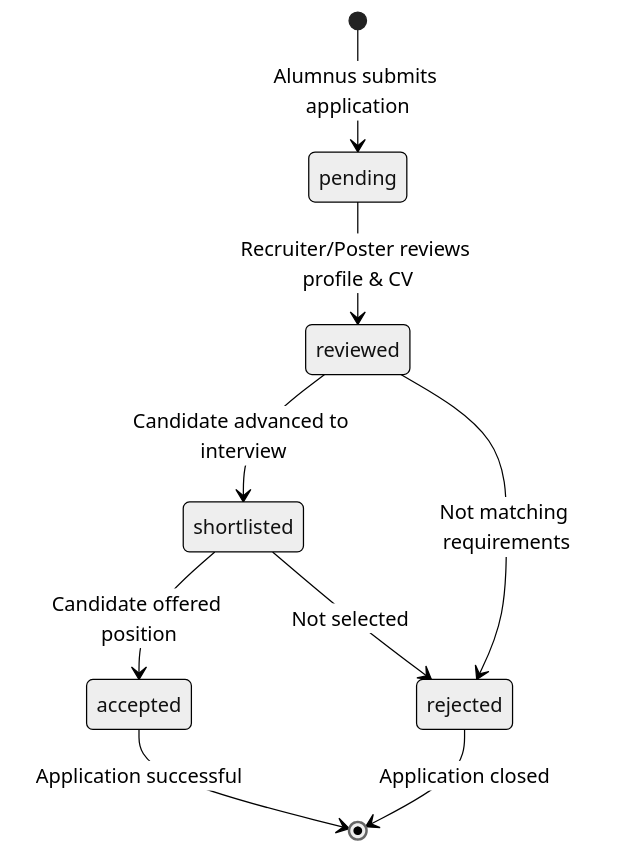
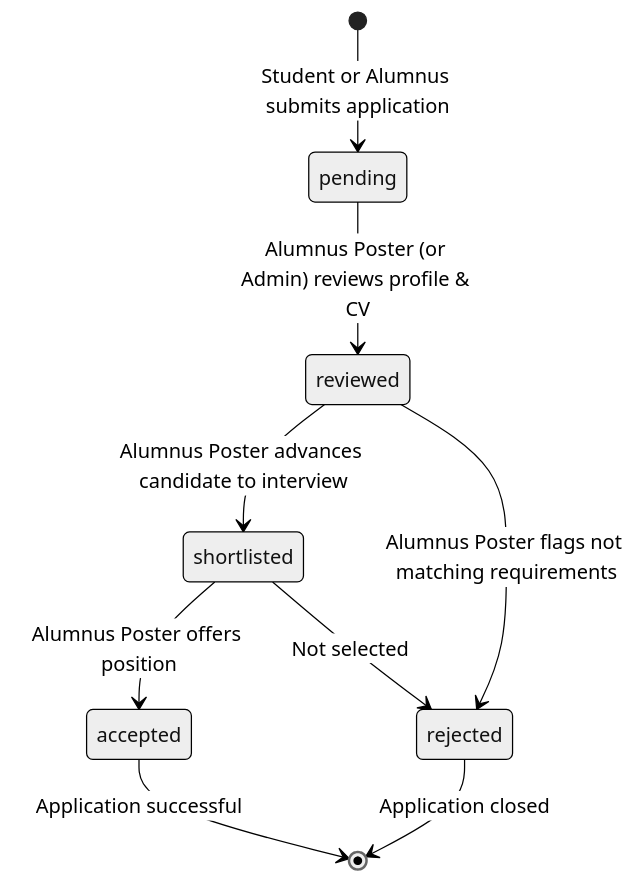
The seventh of 8 diagrams in ddd.md (gamze-sueda-akpinar/alumni), drawn with Mermaid (neutral theme) before and after one commit. The commit also changed other lines of this file and 17 other files, not shown here.

````diff
--- a/ddd.md
+++ b/ddd.md
@@ -555,11 +872,11 @@
 ```mermaid
 stateDiagram-v2
-    [*] --> pending: Alumnus submits application
-    pending --> reviewed: Recruiter/Poster reviews profile & CV
-    reviewed --> shortlisted: Candidate advanced to interview
-    reviewed --> rejected: Not matching requirements
-    shortlisted --> accepted: Candidate offered position
+    [*] --> pending: Student or Alumnus submits application
+    pending --> reviewed: Alumnus Poster (or Admin) reviews profile & CV
+    reviewed --> shortlisted: Alumnus Poster advances candidate to interview
+    reviewed --> rejected: Alumnus Poster flags not matching requirements
+    shortlisted --> accepted: Alumnus Poster offers position
     shortlisted --> rejected: Not selected
     accepted --> [*]: Application successful
     rejected --> [*]: Application closed
 ```
````
